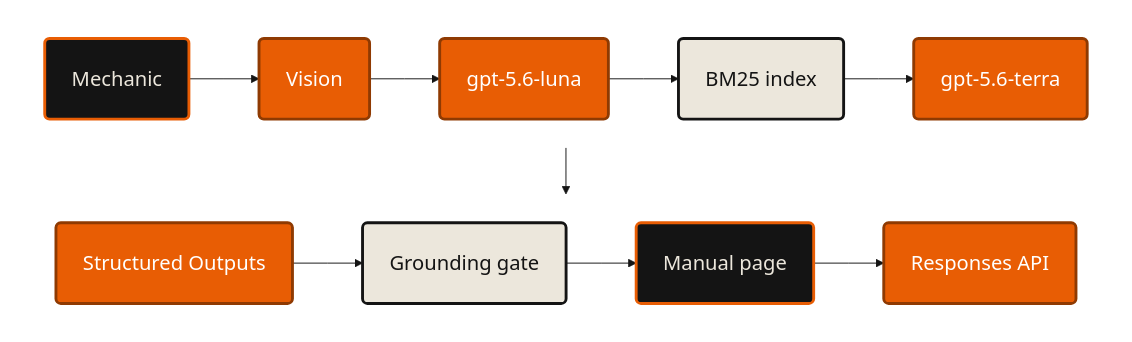
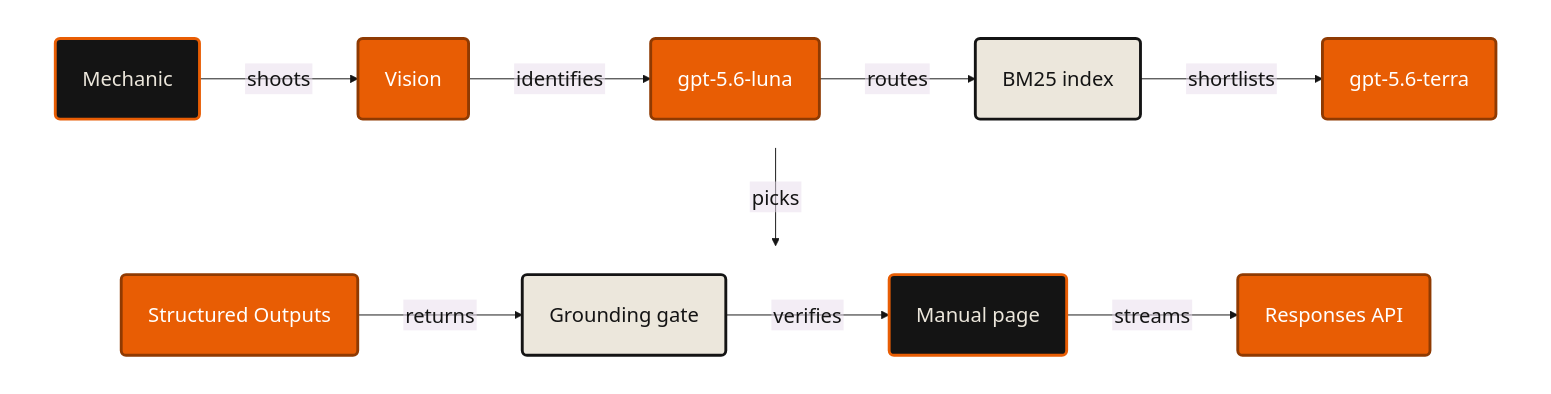
Before and after one commit to lxorb/mechanica: the diagram in docs/pitches/openai.md, drawn with Mermaid. The commit also changed other lines of this file and 140 other files, not shown here.

````diff
--- a/docs/pitches/openai.md
+++ b/docs/pitches/openai.md
@@ -82,20 +82,20 @@
 ```mermaid
-%%{init: {"theme":"base","htmlLabels":false,"themeVariables":{"fontSize":"21px","fontFamily":"Barlow","lineColor":"#141414","primaryColor":"#ece7dc","primaryTextColor":"#141414","primaryBorderColor":"#141414","background":"#ffffff"},"flowchart":{"curve":"linear","htmlLabels":false,"nodeSpacing":40,"rankSpacing":48,"padding":28,"useMaxWidth":false}}}%%
+%%{init: {"theme":"base","htmlLabels":false,"themeVariables":{"fontSize":"21px","fontFamily":"Barlow","lineColor":"#141414","primaryColor":"#ece7dc","primaryTextColor":"#141414","primaryBorderColor":"#141414","background":"#ffffff"},"flowchart":{"curve":"linear","htmlLabels":false,"nodeSpacing":40,"rankSpacing":70,"padding":28,"useMaxWidth":false}}}%%
 flowchart TB
   subgraph R1[" "]
     direction LR
-    MECH("Mechanic"):::ends --> VIS("Vision"):::them --> LUNA("gpt-5.6-luna"):::them --> BM("BM25 index"):::ours --> TERRA("gpt-5.6-terra"):::them
+    MECH("Mechanic"):::ends -- "shoots" --> VIS("Vision"):::them -- "identifies" --> LUNA("gpt-5.6-luna"):::them -- "routes" --> BM("BM25 index"):::ours -- "shortlists" --> TERRA("gpt-5.6-terra"):::them
   end
   subgraph R2[" "]
     direction LR
-    SO("Structured Outputs"):::them --> GATE("Grounding gate"):::ours --> PAGE("Manual page"):::ends --> RESP("Responses API"):::them
+    SO("Structured Outputs"):::them -- "returns" --> GATE("Grounding gate"):::ours -- "verifies" --> PAGE("Manual page"):::ends -- "streams" --> RESP("Responses API"):::them
   end
 
-  R1 --> R2
+  R1 -- "picks" --> R2
 
   classDef ends fill:#141414,stroke:#e85d04,stroke-width:3px,color:#ece7dc
   classDef ours fill:#ece7dc,stroke:#141414,stroke-width:3px,color:#141414
   classDef them fill:#e85d04,stroke:#8f3a02,stroke-width:3px,color:#ffffff
   style R1 fill:none,stroke:none
   style R2 fill:none,stroke:none
 ```
````
